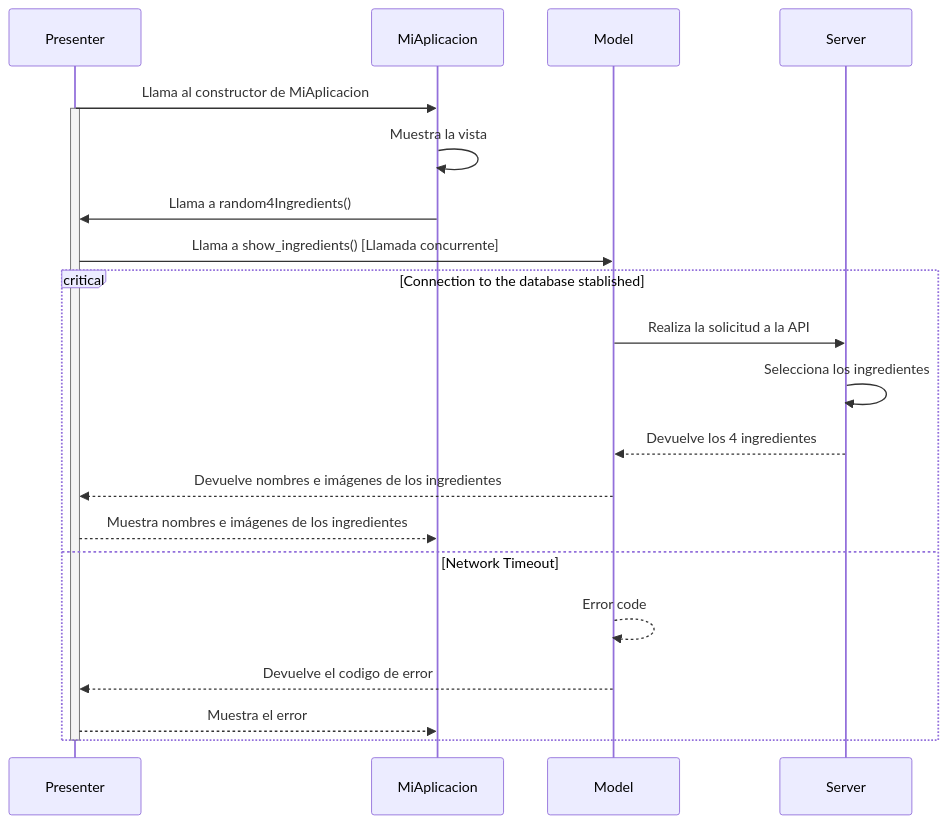
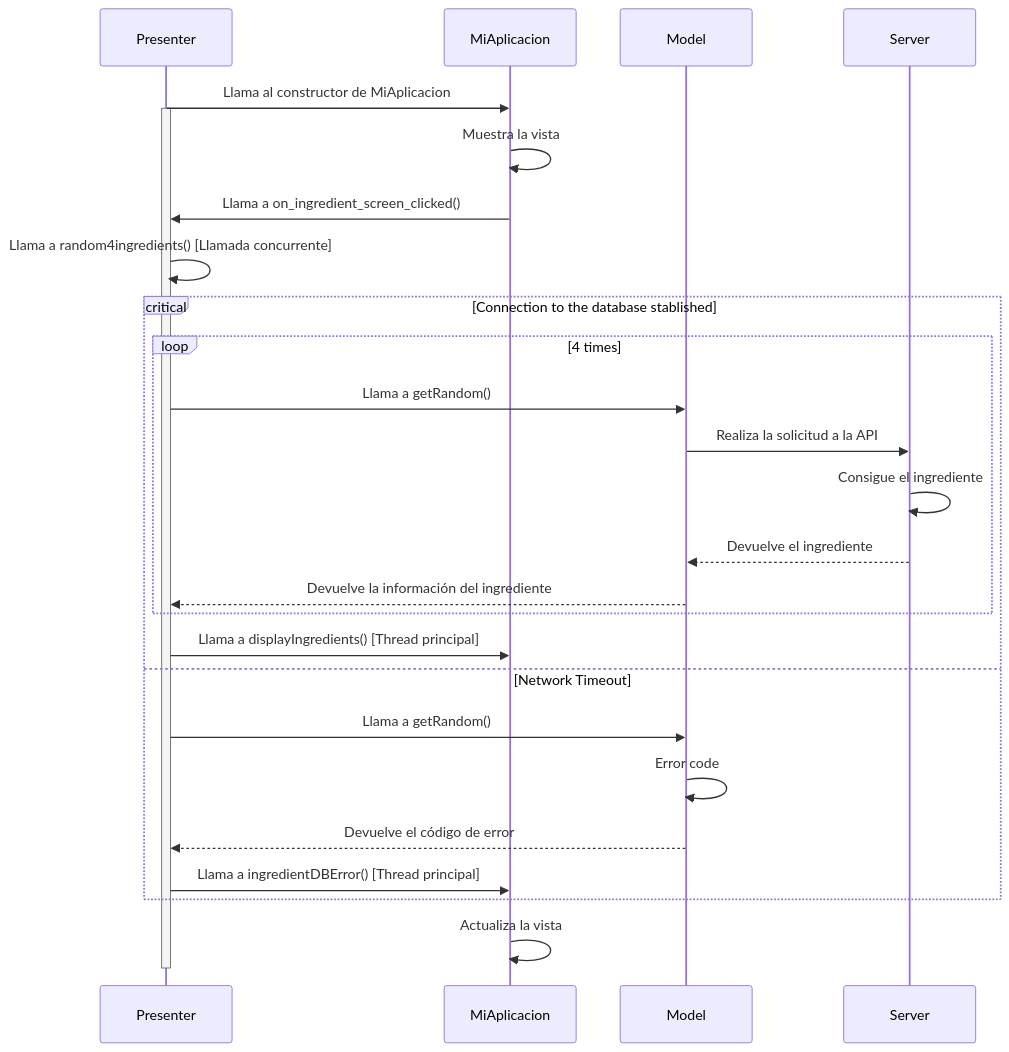
One commit to braisf03/IPM changed the fifth of 7 diagrams in Desktop/diseño_sw.md. Above: the diagram before and after it, drawn with Mermaid. The commit also changed other lines of this file, not shown here.

Commit message:
Cositas nazis

````diff
--- a/Desktop/diseño_sw.md
+++ b/Desktop/diseño_sw.md
@@ -204,32 +204,37 @@
 ```mermaid
 sequenceDiagram
 
 #--------------Definiciones de actores--------------#
     participant Presenter as Presenter
     participant MiAplicacion as MiAplicacion
     participant Model as Model
     participant Server as Server
 
 #--------------Inicio de la aplicación--------------#
     Presenter->>MiAplicacion: Llama al constructor de MiAplicacion
     activate Presenter
     MiAplicacion->>MiAplicacion: Muestra la vista
-    MiAplicacion->>Presenter: Llama a random4Ingredients() 
-    Presenter->>Model: Llama a show_ingredients() [Llamada concurrente]
+    MiAplicacion->>Presenter: Llama a on_ingredient_screen_clicked()
+    Presenter->>Presenter: Llama a random4ingredients() [Llamada concurrente]
 
 #-------------Accesos a la base de datos------------#        
     critical Connection to the database stablished
-        Model->>Server: Realiza la solicitud a la API
-        Server->>Server: Selecciona los ingredientes
-        Server-->>Model: Devuelve los 4 ingredientes
-        Model-->>Presenter: Devuelve nombres e imágenes de los ingredientes
-        Presenter-->>MiAplicacion: Muestra nombres e imágenes de los ingredientes
-    option Network Timeout   
-            Model-->>Model: Error code
-            Model-->>Presenter: Devuelve el codigo de error
-            Presenter-->>MiAplicacion: Muestra el error
+        loop 4 times
+            Presenter->>Model: Llama a getRandom()
+            Model->>Server:  Realiza la solicitud a la API
+            Server->>Server: Consigue el ingrediente
+            Server-->>Model: Devuelve el ingrediente
+            Model-->>Presenter: Devuelve la información del ingrediente
+        end
+        Presenter->>MiAplicacion: Llama a displayIngredients() [Thread principal]
+    option Network Timeout
+            Presenter->>Model: Llama a getRandom()
+            Model->>Model: Error code
+            Model-->>Presenter: Devuelve el código de error
+            Presenter->>MiAplicacion: Llama a ingredientDBError() [Thread principal]
     end
-   
+   MiAplicacion->>MiAplicacion: Actualiza la vista
+
     deactivate Presenter
 
 ```
````
